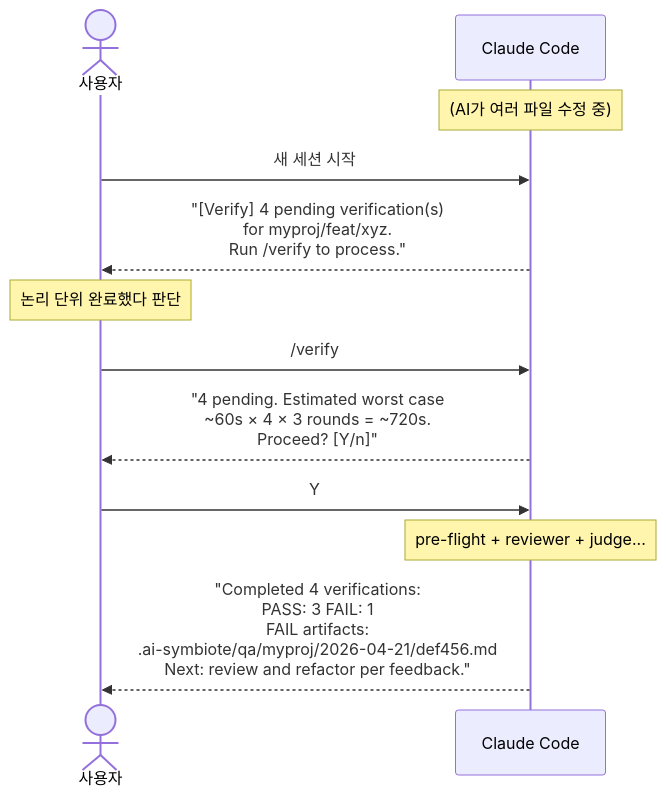
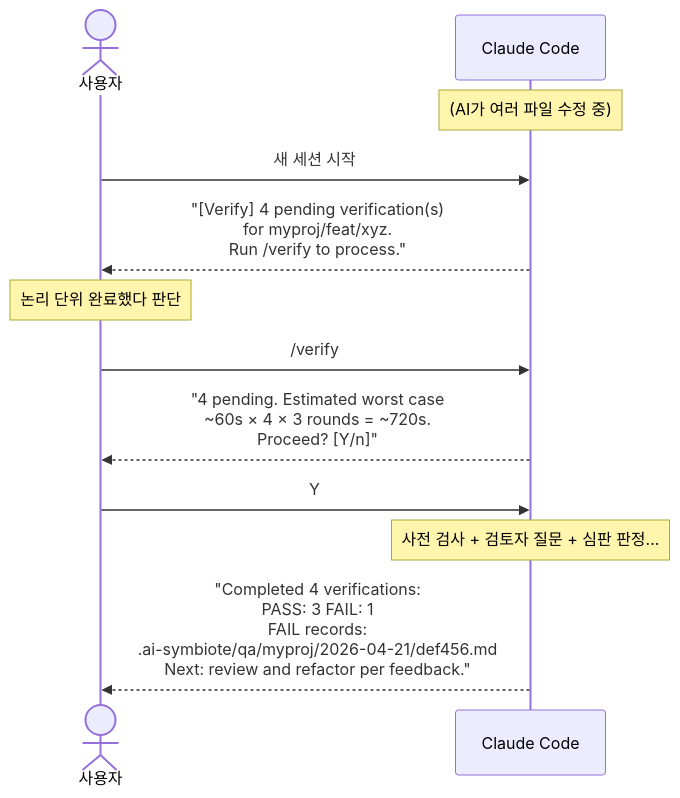
Before and after one commit to Jimmy-Jung/ai-symbiote: diagram 12 of 12 in docs/09-검증-레이어-동작원리.md, drawn with Mermaid. The commit also changed other lines of this file, not shown here.

````diff
--- a/docs/09-검증-레이어-동작원리.md
+++ b/docs/09-검증-레이어-동작원리.md
@@ -332,20 +355,20 @@
 ```mermaid
 sequenceDiagram
     actor U as 사용자
     participant CC as Claude Code
 
     Note over CC: (AI가 여러 파일 수정 중)
 
     U->>CC: 새 세션 시작
     CC-->>U: "[Verify] 4 pending verification(s)<br/>for myproj/feat/xyz.<br/>Run /verify to process."
 
     Note over U: 논리 단위 완료했다 판단
 
     U->>CC: /verify
     CC-->>U: "4 pending. Estimated worst case<br/>~60s × 4 × 3 rounds = ~720s.<br/>Proceed? [Y/n]"
     U->>CC: Y
 
-    Note over CC: pre-flight + reviewer + judge...
+    Note over CC: 사전 검사 + 검토자 질문 + 심판 판정...
 
-    CC-->>U: "Completed 4 verifications:<br/>PASS: 3  FAIL: 1<br/>FAIL artifacts:<br/>.ai-symbiote/qa/myproj/2026-04-21/def456.md<br/>Next: review and refactor per feedback."
+    CC-->>U: "Completed 4 verifications:<br/>PASS: 3  FAIL: 1<br/>FAIL records:<br/>.ai-symbiote/qa/myproj/2026-04-21/def456.md<br/>Next: review and refactor per feedback."
 ```
````
